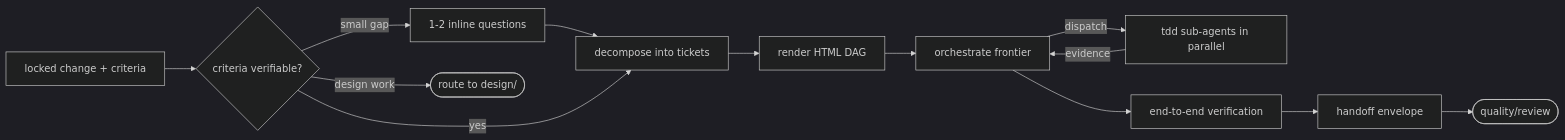
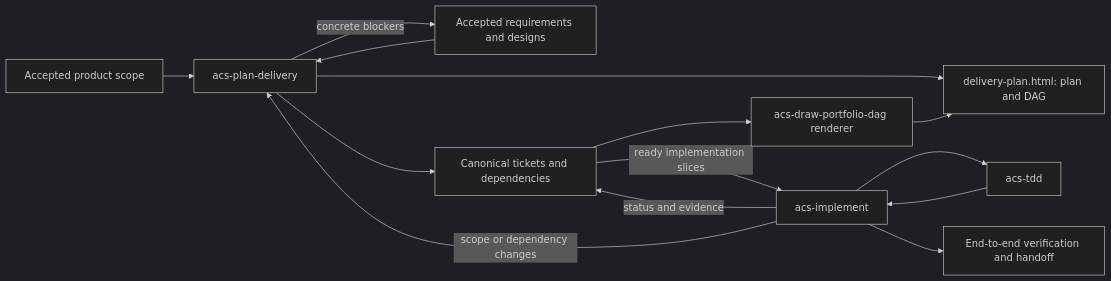
The diagram in system/skills-src/build/README.md (XinheLIU/agent-coding-skills), drawn with Mermaid (dark theme) before and after one commit. The commit also changed other lines of this file and 445 other files, not shown here.

````diff
--- a/system/skills-src/build/README.md
+++ b/system/skills-src/build/README.md
@@ -11,15 +9,16 @@
 ```mermaid
 flowchart LR
-    SPEC[locked change + criteria] --> GATE{criteria verifiable?}
-    GATE -->|small gap| CLARIFY[1-2 inline questions]
-    GATE -->|design work| DESIGN(["route to design/"])
-    CLARIFY --> DECOMP
-    GATE -->|yes| DECOMP[decompose into tickets]
-    DECOMP --> DAG[render HTML DAG]
-    DAG --> ORCH[orchestrate frontier]
-    ORCH -->|dispatch| TDD[tdd sub-agents in parallel]
-    TDD -->|evidence| ORCH
-    ORCH --> E2E[end-to-end verification]
-    E2E --> ENV[handoff envelope]
-    ENV --> QUALITY(["quality/review"])
+    PRODUCT[Accepted product scope] --> PLAN[acs-plan-delivery]
+    DESIGN[Accepted requirements and designs] --> PLAN
+    PLAN -->|concrete blockers| DESIGN
+    PLAN --> TICKETS[Canonical tickets and dependencies]
+    TICKETS --> DAG[acs-draw-portfolio-dag renderer]
+    PLAN --> REPORT[delivery-plan.html: plan and DAG]
+    DAG --> REPORT
+    TICKETS -->|ready implementation slices| IMPLEMENT[acs-implement]
+    IMPLEMENT --> TDD[acs-tdd]
+    TDD --> IMPLEMENT
+    IMPLEMENT -->|status and evidence| TICKETS
+    IMPLEMENT -->|scope or dependency changes| PLAN
+    IMPLEMENT --> VERIFY[End-to-end verification and handoff]
 ```
````
